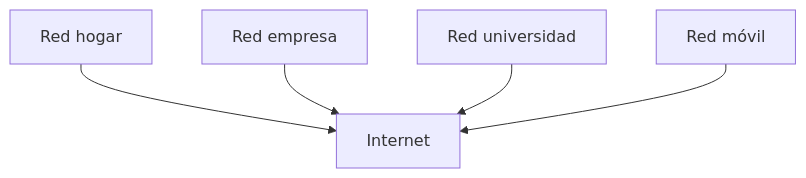
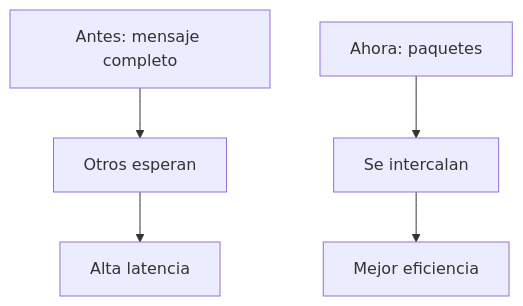
One commit to Oscar-Poski/heka-it changed the fourth of 12 diagrams in src/content/lessons/fundamentos-it/redes-desde-cero/intro-redes/04-intro-redes.md. Above: the diagram before and after it, drawn with Mermaid. The commit also changed other lines of this file and 63 other files, not shown here.

````diff
--- a/src/content/lessons/fundamentos-it/redes-desde-cero/intro-redes/04-intro-redes.md
+++ b/src/content/lessons/fundamentos-it/redes-desde-cero/intro-redes/04-intro-redes.md
@@ -43,7 +86,10 @@
 ```mermaid
 flowchart TD
-  A["Red hogar"] --> D["Internet"]
-  B["Red empresa"] --> D
-  C["Red universidad"] --> D
-  E["Red móvil"] --> D
+    A[Antes: mensaje completo]
+    A --> B[Otros esperan]
+    B --> C[Alta latencia]
+
+    D[Ahora: paquetes]
+    D --> E[Se intercalan]
+    E --> F[Mejor eficiencia]
 ```
````
